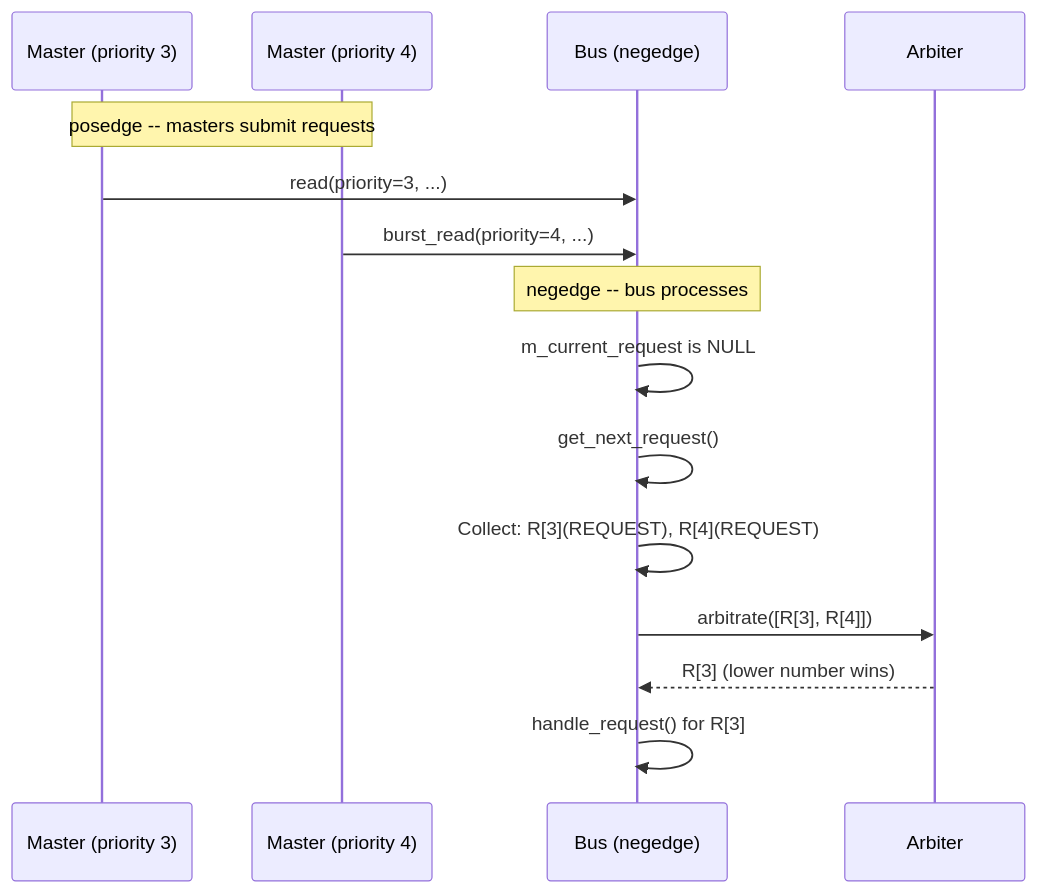
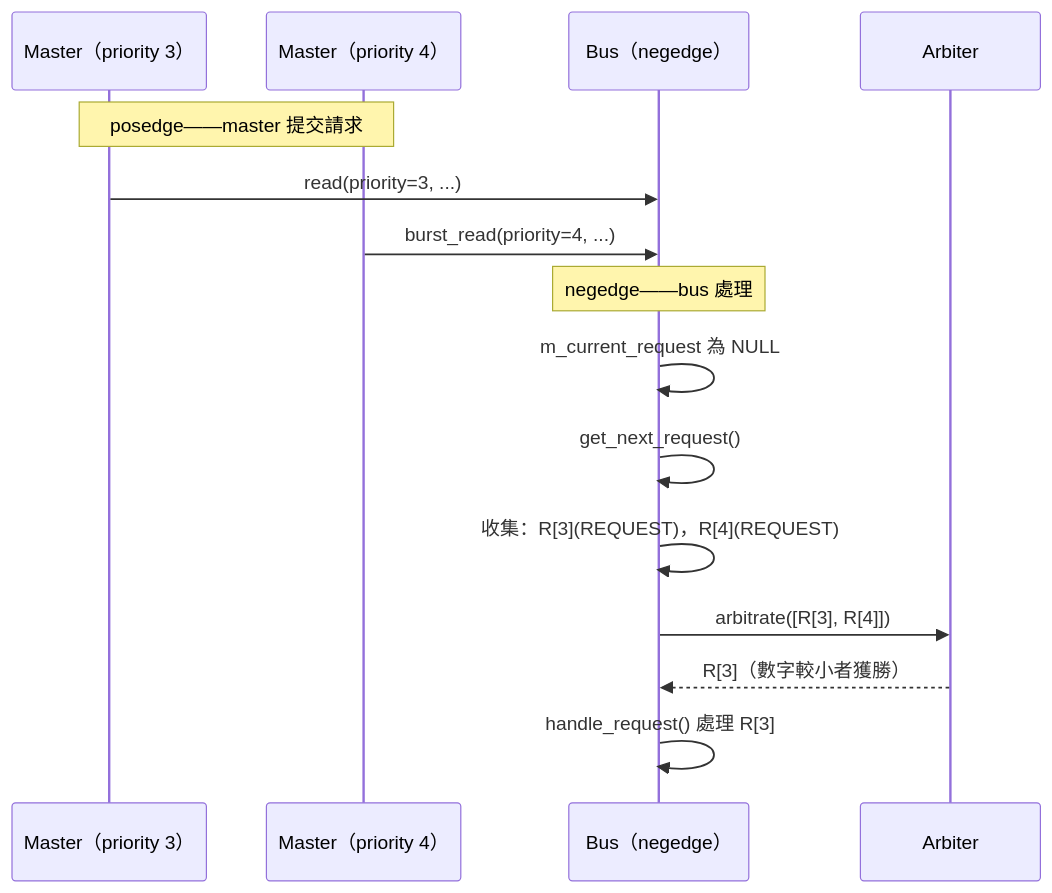
The third of 3 diagrams in doc_v2/examples/code/sysc/simple_bus/arbiter.md (abc1199281lab-cmd/systemc_notes), drawn with Mermaid before and after one commit. The commit also changed other lines of this file and 8 other files, not shown here.

````diff
--- a/doc_v2/examples/code/sysc/simple_bus/arbiter.md
+++ b/doc_v2/examples/code/sysc/simple_bus/arbiter.md
@@ -141,21 +141,21 @@
 ```mermaid
 sequenceDiagram
-    participant M3 as Master (priority 3)
-    participant M4 as Master (priority 4)
-    participant B as Bus (negedge)
+    participant M3 as Master（priority 3）
+    participant M4 as Master（priority 4）
+    participant B as Bus（negedge）
     participant A as Arbiter
 
-    Note over M3,M4: posedge -- masters submit requests
+    Note over M3,M4: posedge——master 提交請求
 
     M3->>B: read(priority=3, ...)
     M4->>B: burst_read(priority=4, ...)
 
-    Note over B: negedge -- bus processes
+    Note over B: negedge——bus 處理
 
-    B->>B: m_current_request is NULL
+    B->>B: m_current_request 為 NULL
     B->>B: get_next_request()
-    B->>B: Collect: R[3](REQUEST), R[4](REQUEST)
+    B->>B: 收集：R[3](REQUEST)，R[4](REQUEST)
     B->>A: arbitrate([R[3], R[4]])
-    A-->>B: R[3] (lower number wins)
-    B->>B: handle_request() for R[3]
+    A-->>B: R[3]（數字較小者獲勝）
+    B->>B: handle_request() 處理 R[3]
 ```
````
